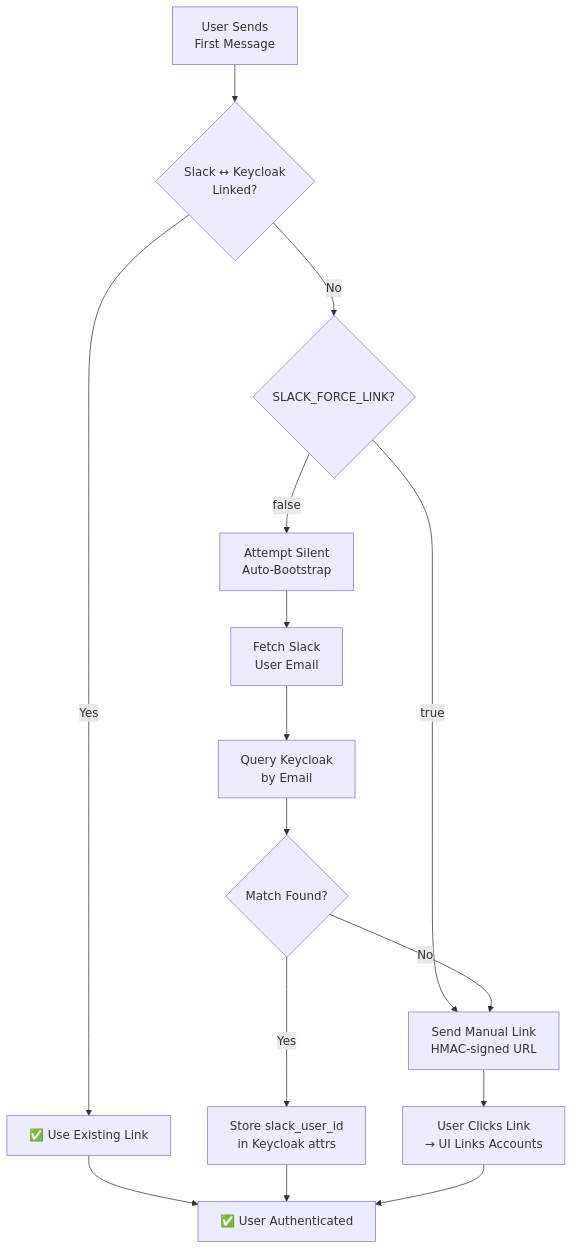
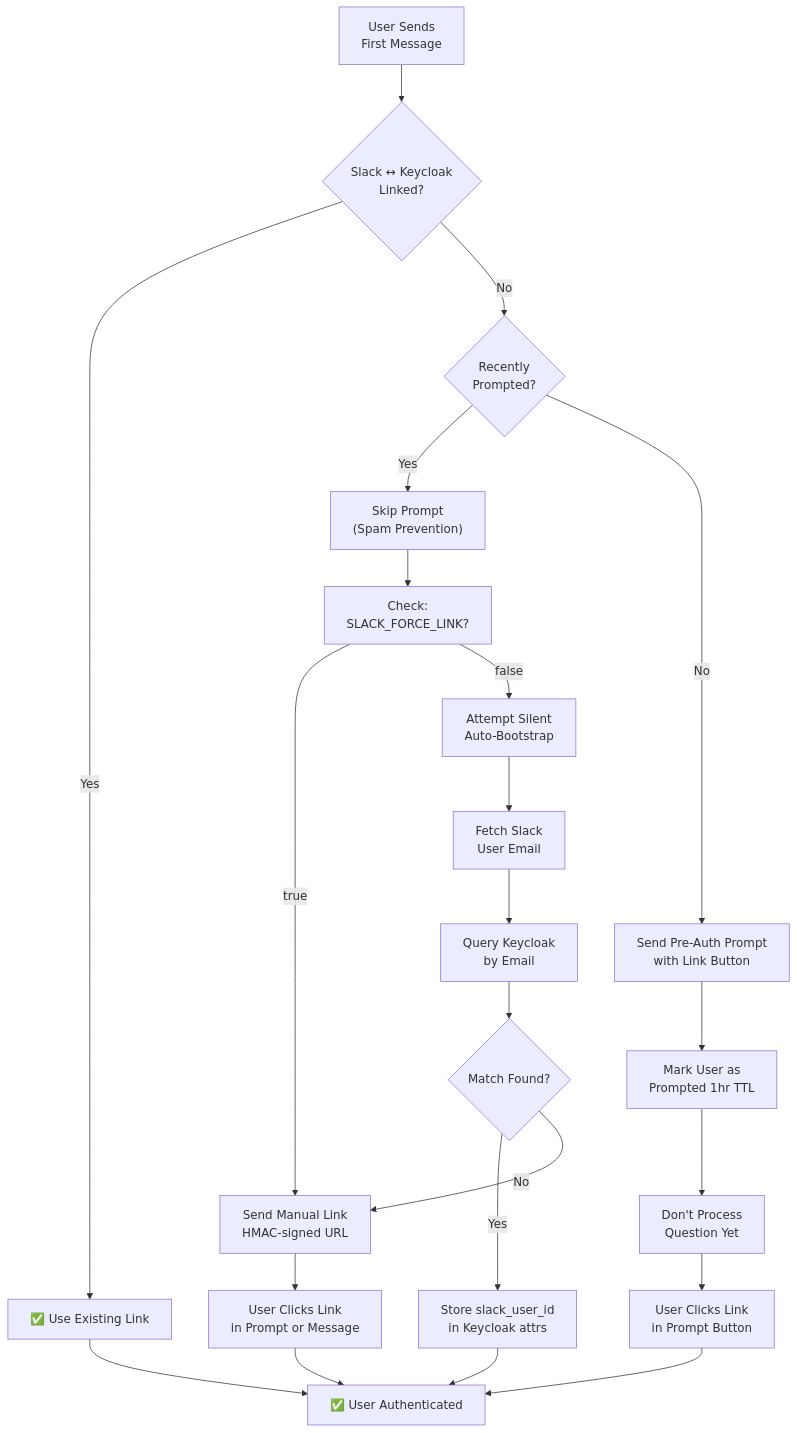
One commit to cnoe-io/ai-platform-engineering changed the fourth of 9 diagrams in RBAC.md. Above: the diagram before and after it, drawn with Mermaid. The commit also changed other lines of this file, not shown here.

Commit message:
docs(rbac): document pre-auth prompt feature
Add flowchart and description of pre-auth prompt flow:
- Unlinked users receive interactive message on first DM
- Prompt includes \"Authenticate Now\" button with HMAC-signed URL
- Spam prevention: 1-hour TTL on prompt flag per user
- Question processing deferred until authentication

Updated Use Case 1 to highlight first-message pre-auth experience.

````diff
--- a/RBAC.md
+++ b/RBAC.md
@@ -81,20 +83,28 @@
 ```mermaid
 flowchart TD
     A["User Sends<br/>First Message"] --> B{Slack ↔ Keycloak<br/>Linked?}
     B -->|Yes| C["✅ Use Existing Link"]
-    B -->|No| D{SLACK_FORCE_LINK?}
+    B -->|No| D{Recently<br/>Prompted?}
     
-    D -->|true| E["Send Manual Link<br/>HMAC-signed URL"]
-    D -->|false| F["Attempt Silent<br/>Auto-Bootstrap"]
+    D -->|Yes| E["Skip Prompt<br/>(Spam Prevention)"]
+    D -->|No| F["Send Pre-Auth Prompt<br/>with Link Button"]
+    F --> G["Mark User as<br/>Prompted 1hr TTL"]
+    G --> H["Don't Process<br/>Question Yet"]
     
-    F --> G["Fetch Slack<br/>User Email"]
-    G --> H["Query Keycloak<br/>by Email"]
-    H --> I{Match Found?}
-    I -->|Yes| J["Store slack_user_id<br/>in Keycloak attrs"]
-    I -->|No| E
+    E --> I["Check:<br/>SLACK_FORCE_LINK?"]
+    I -->|true| J["Send Manual Link<br/>HMAC-signed URL"]
+    I -->|false| K["Attempt Silent<br/>Auto-Bootstrap"]
     
-    E --> K["User Clicks Link<br/>→ UI Links Accounts"]
-    C --> L["✅ User Authenticated"]
-    J --> L
-    K --> L
+    K --> L["Fetch Slack<br/>User Email"]
+    L --> M["Query Keycloak<br/>by Email"]
+    M --> N{Match Found?}
+    N -->|Yes| O["Store slack_user_id<br/>in Keycloak attrs"]
+    N -->|No| J
+    
+    J --> P["User Clicks Link<br/>in Prompt or Message"]
+    O --> Q["✅ User Authenticated"]
+    P --> Q
+    C --> Q
+    H --> R["User Clicks Link<br/>in Prompt Button"]
+    R --> Q
 ```
````
